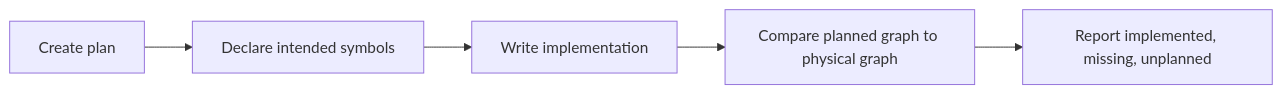
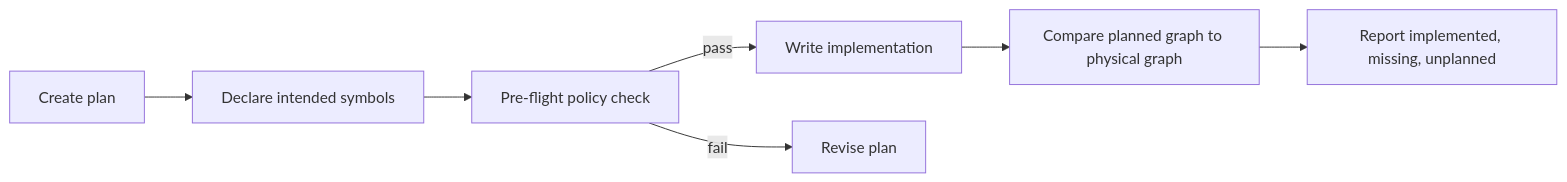
Before and after one commit to lambda-alpha-labs/Graphenium: the diagram in docs/MCP_TOOLS.md, drawn with Mermaid. The commit also changed other lines of this file and 18 other files, not shown here.

First line of the commit message:
Add pre-flight architecture policy validation and document it

````diff
--- a/docs/MCP_TOOLS.md
+++ b/docs/MCP_TOOLS.md
@@ -299,7 +305,9 @@
 ```mermaid
 graph LR
     A[Create plan] --> B[Declare intended symbols]
-    B --> C[Write implementation]
+    B --> P[Pre-flight policy check]
+    P -->|pass| C[Write implementation]
+    P -->|fail| R[Revise plan]
     C --> D[Compare planned graph to physical graph]
     D --> E[Report implemented, missing, unplanned]
 ```
````
